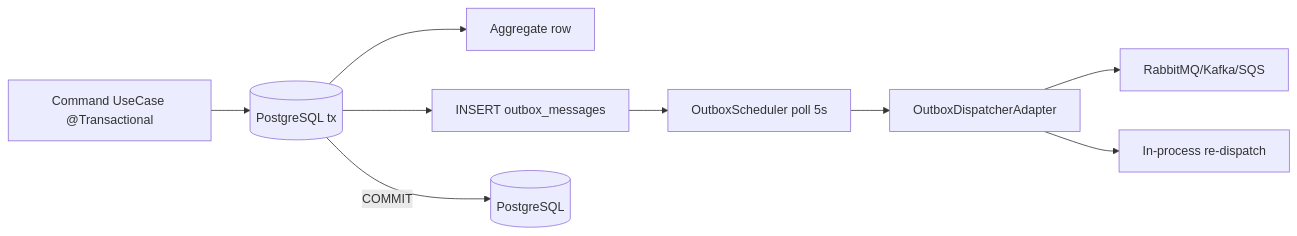
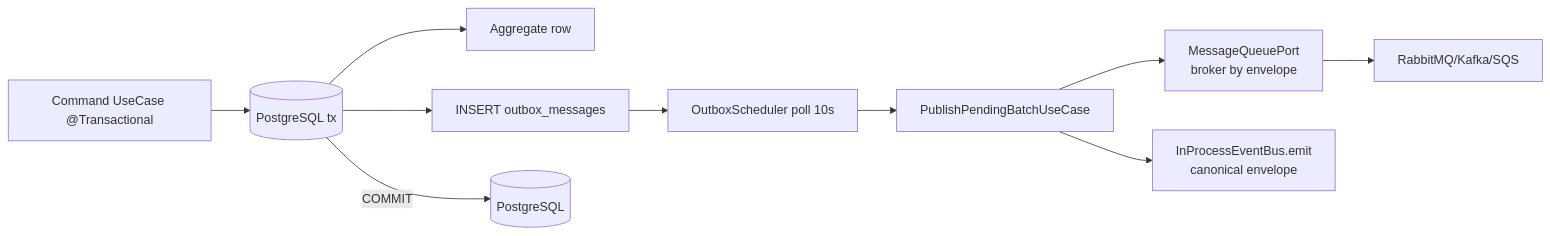
Before and after one commit to ashrafemon/ddd-boilerplate: the diagram in docs/PLATFORM-SERVICES-COMPLETE-FLOW.md, drawn with Mermaid. The commit also changed other lines of this file and 130 other files, not shown here.

````diff
--- a/docs/PLATFORM-SERVICES-COMPLETE-FLOW.md
+++ b/docs/PLATFORM-SERVICES-COMPLETE-FLOW.md
@@ -126,11 +125,12 @@
 ```mermaid
 flowchart LR
   UC[Command UseCase @Transactional] --> TX[(PostgreSQL tx)]
   TX --> AGG[Aggregate row]
   TX --> OUT[INSERT outbox_messages]
   TX -->|COMMIT| DB[(PostgreSQL)]
-  OUT --> SCHED[OutboxScheduler poll 5s]
-  SCHED --> PUB[OutboxDispatcherAdapter]
-  PUB --> BRK[RabbitMQ/Kafka/SQS]
-  PUB --> BUS[In-process re-dispatch]
+  OUT --> SCHED[OutboxScheduler poll 10s]
+  SCHED --> PUB[PublishPendingBatchUseCase]
+  PUB --> MQ[MessageQueuePort<br/>broker by envelope]
+  MQ --> BRK[RabbitMQ/Kafka/SQS]
+  PUB --> BUS[InProcessEventBus.emit<br/>canonical envelope]
 ```
````
